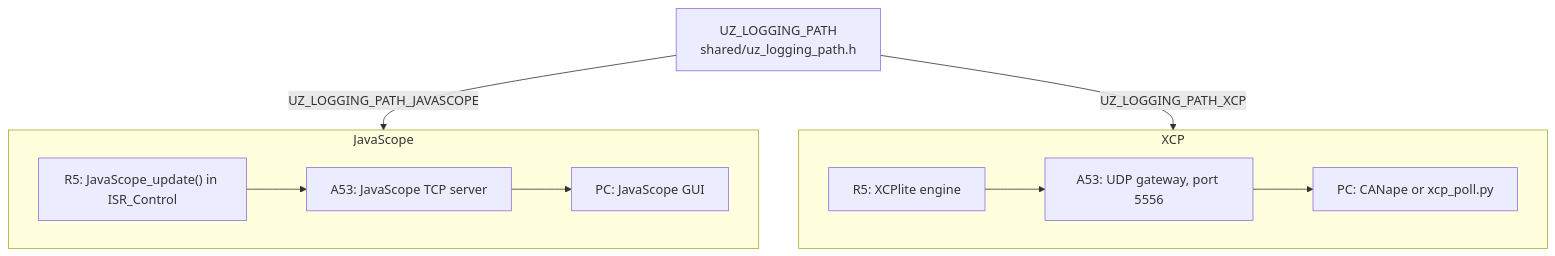
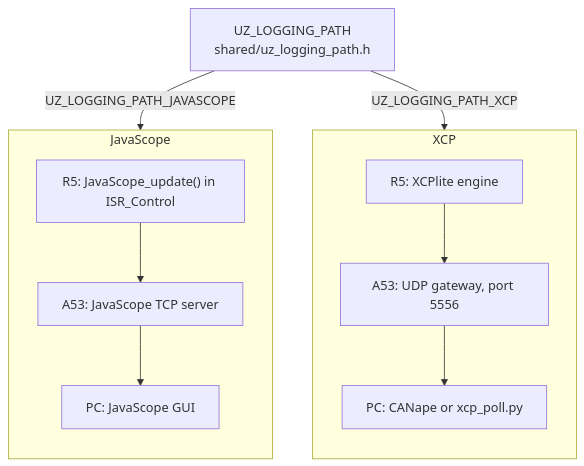
Before and after one commit to ultrazohm/ultrazohm_sw: the diagram in docs/source/guide/XCP/XCP_usage.rst, drawn with Mermaid. The commit also changed other lines of this file and 3 other files, not shown here.

First line of the commit message:
docs: XCP pages corrected against the code, diagrams made legible

```diff
--- a/docs/source/guide/XCP/XCP_usage.rst
+++ b/docs/source/guide/XCP/XCP_usage.rst
@@ -23,20 +23,22 @@
 .. mermaid::
     :align: center
     :caption: What the switch selects on each processor
 
-    flowchart TD
+    flowchart TB
       sw["UZ_LOGGING_PATH<br>shared/uz_logging_path.h"]
       sw -- "UZ_LOGGING_PATH_JAVASCOPE" --> js
       sw -- "UZ_LOGGING_PATH_XCP" --> xcp
       subgraph js["JavaScope"]
+        direction TB
         js1["R5: JavaScope_update() in ISR_Control"]
         js2["A53: JavaScope TCP server"]
         js3["PC: JavaScope GUI"]
         js1 --> js2 --> js3
       end
       subgraph xcp["XCP"]
+        direction TB
         x1["R5: XCPlite engine"]
         x2["A53: UDP gateway, port 5556"]
         x3["PC: CANape or xcp_poll.py"]
         x1 --> x2 --> x3
       end
```
